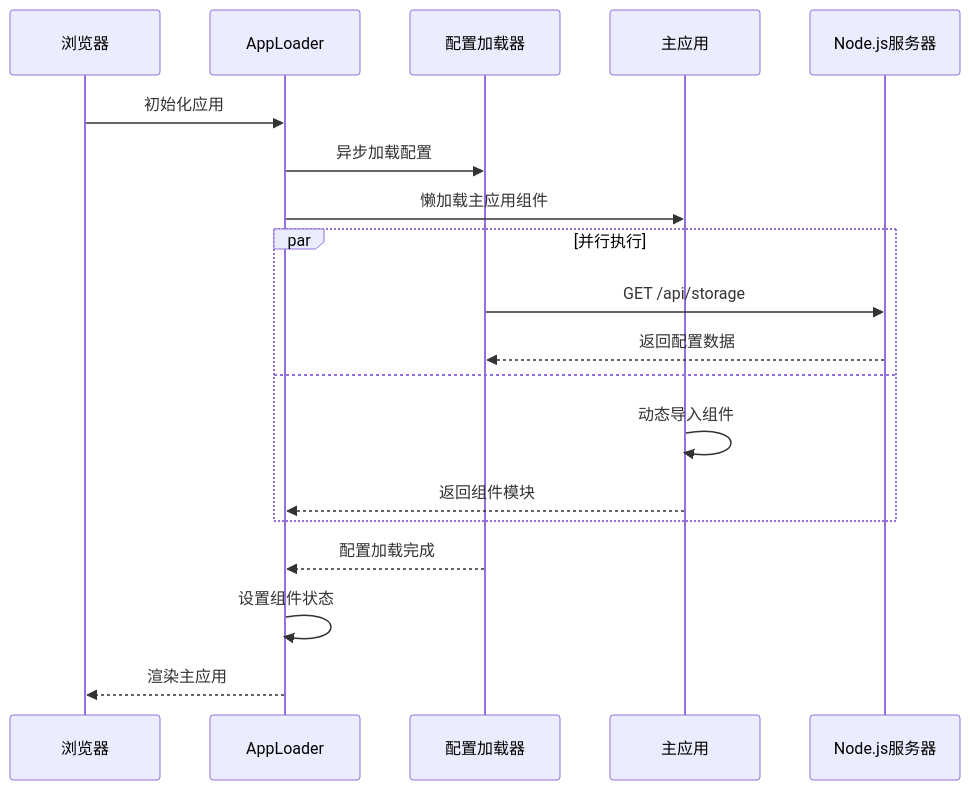
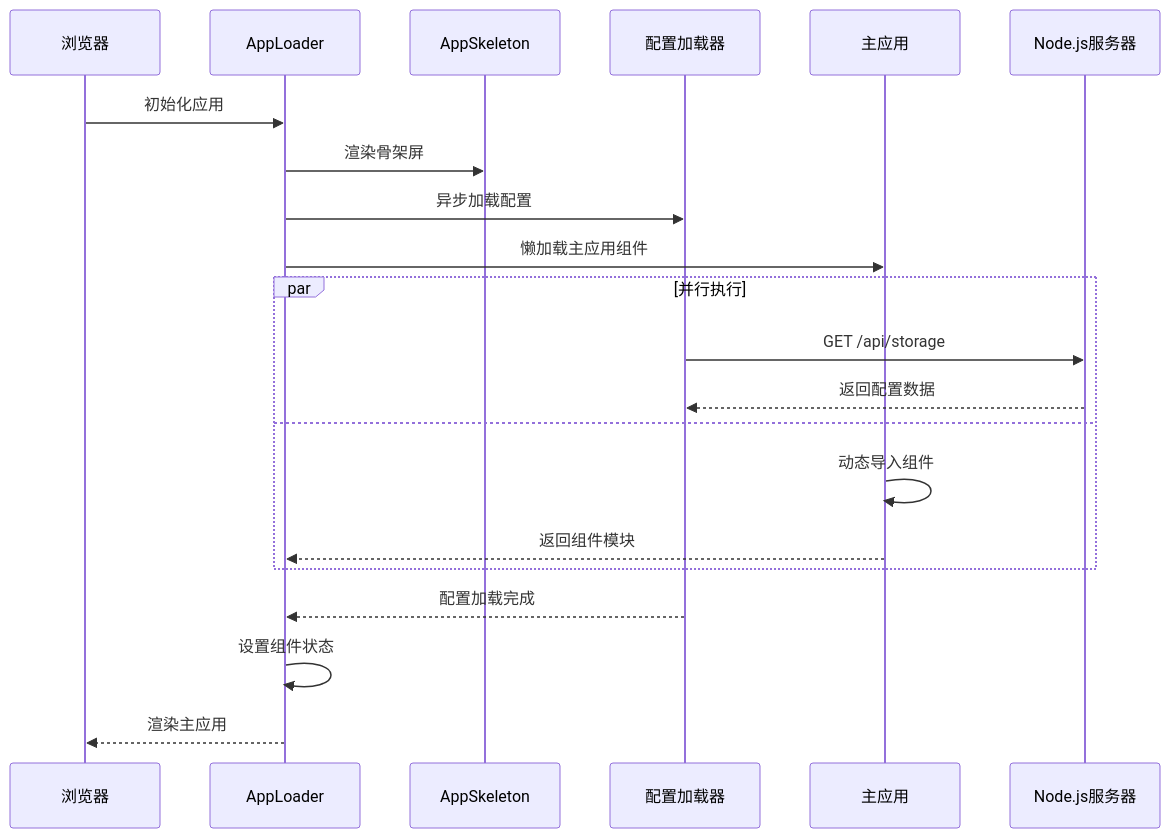
One commit to skyeyinkun/HAUI changed the second of 14 diagrams in .qoder/repowiki/zh/content/核心功能/异步加载系统.md. Above: the diagram before and after it, drawn with Mermaid. The commit also changed other lines of this file and 23 other files, not shown here.

````diff
--- a/.qoder/repowiki/zh/content/核心功能/异步加载系统.md
+++ b/.qoder/repowiki/zh/content/核心功能/异步加载系统.md
@@ -86,21 +94,23 @@
 ```mermaid
 sequenceDiagram
 participant Browser as 浏览器
 participant Loader as AppLoader
+participant Skeleton as AppSkeleton
 participant Config as 配置加载器
 participant App as 主应用
 participant Server as Node.js服务器
 Browser->>Loader : 初始化应用
+Loader->>Skeleton : 渲染骨架屏
 Loader->>Config : 异步加载配置
 Loader->>App : 懒加载主应用组件
 par 并行执行
 Config->>Server : GET /api/storage
 Server-->>Config : 返回配置数据
 and
 App->>App : 动态导入组件
 App-->>Loader : 返回组件模块
 end
 Config-->>Loader : 配置加载完成
 Loader->>Loader : 设置组件状态
 Loader-->>Browser : 渲染主应用
 ```
````
